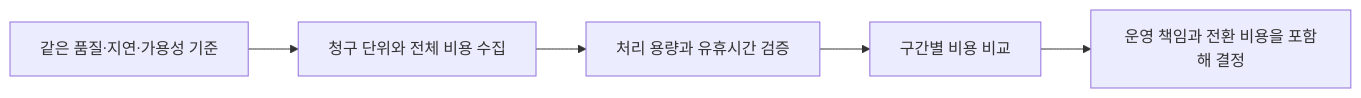
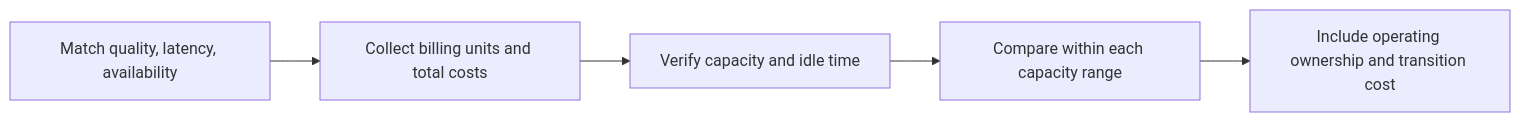
Before and after one commit to devfloor9/engineering-playbook: the first of 3 diagrams in docs/agentic-ai-platform/reference-architecture/integrations/coding-tools-cost-analysis.md, drawn with Mermaid. The commit also changed other lines of this file and 954 other files, not shown here.

````diff
--- a/docs/agentic-ai-platform/reference-architecture/integrations/coding-tools-cost-analysis.md
+++ b/docs/agentic-ai-platform/reference-architecture/integrations/coding-tools-cost-analysis.md
@@ -233,7 +233,7 @@
 ```mermaid
 graph LR
-    A[같은 품질·지연·가용성 기준] --> B[청구 단위와 전체 비용 수집]
-    B --> C[처리 용량과 유휴시간 검증]
-    C --> D[구간별 비용 비교]
-    D --> E[운영 책임과 전환 비용을 포함해 결정]
+    A[Match quality, latency, availability] --> B[Collect billing units and total costs]
+    B --> C[Verify capacity and idle time]
+    C --> D[Compare within each capacity range]
+    D --> E[Include operating ownership and transition cost]
 ```
````
